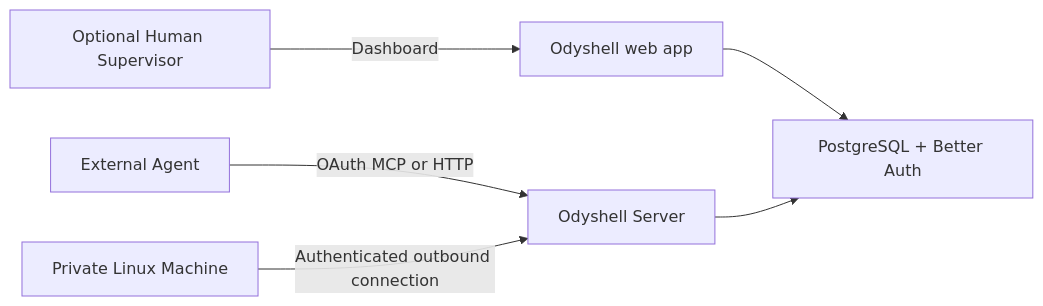
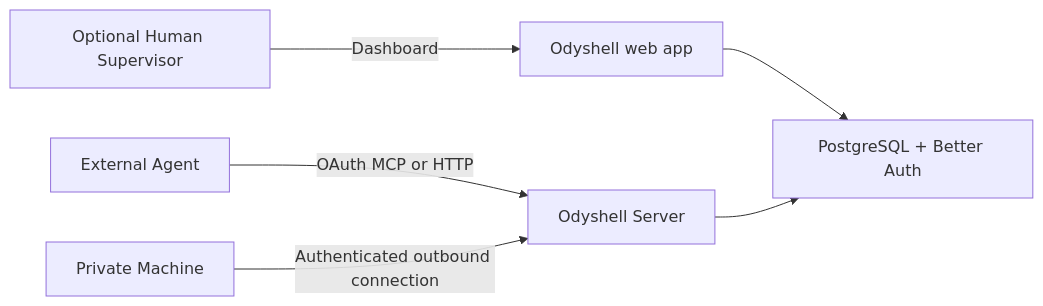
Before and after one commit to kapeka0/Odyshell: the diagram in docs/self-hosting.md, drawn with Mermaid. The commit also changed other lines of this file and 156 other files, not shown here.

````diff
--- a/docs/self-hosting.md
+++ b/docs/self-hosting.md
@@ -8,8 +8,8 @@
 ```mermaid
 flowchart LR
   A["External Agent"] -->|"OAuth MCP or HTTP"| S["Odyshell Server"]
   H["Optional Human Supervisor"] -->|"Dashboard"| W["Odyshell web app"]
   W --> P["PostgreSQL + Better Auth"]
   S --> P
-  M["Private Linux Machine"] -->|"Authenticated outbound connection"| S
+  M["Private Machine"] -->|"Authenticated outbound connection"| S
 ```
````
